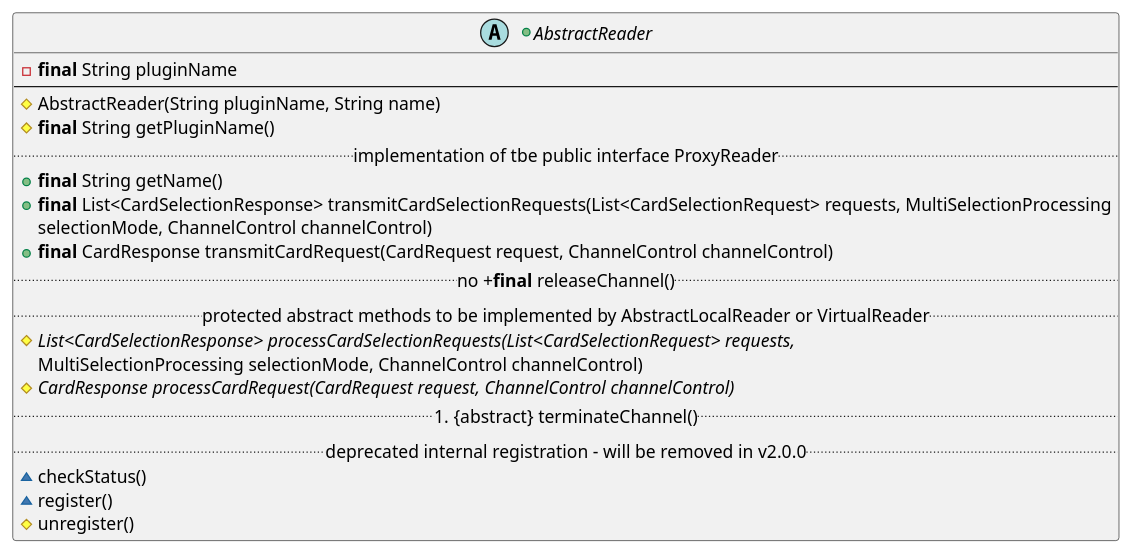
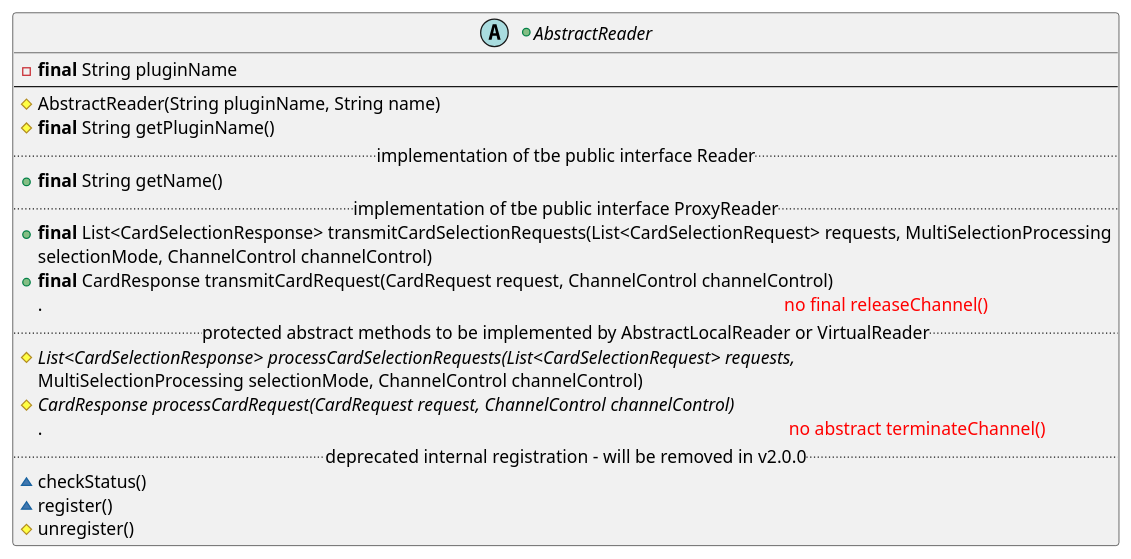
Before and after one commit to yvonneyam/keyple-website: the eighth of 11 diagrams in media/architecture/puml/KeypleCore_Plugin_ClassDiag_ClassElements.iuml, drawn with PlantUML. The commit also changed other lines of this file and 1880 other files, not shown here.

```diff
--- a/media/architecture/puml/KeypleCore_Plugin_ClassDiag_ClassElements.iuml
+++ b/media/architecture/puml/KeypleCore_Plugin_ClassDiag_ClassElements.iuml
@@ -130,26 +130,28 @@
 @startuml(id=PLUGIN_ABSTRACTREADER_1_0_0)
 +abstract AbstractReader {
   -<b>final</b> String pluginName
   --
   #AbstractReader(String pluginName, String name)
   #<b>final</b> String getPluginName()
 '
+  .. implementation of tbe public interface Reader ..
+  +<b>final</b> String getName()
+'
   .. implementation of tbe public interface ProxyReader ..
-  +<b>final</b> String getName()
   +<b>final</b> List<CardSelectionResponse> transmitCardSelectionRequests(List<CardSelectionRequest> requests, MultiSelectionProcessing
     selectionMode, ChannelControl channelControl)
   +<b>final</b> CardResponse transmitCardRequest(CardRequest request, ChannelControl channelControl)
-.. no +<b>final</b> releaseChannel() ..
+  .                                                                                                                                                                   <color:red>no final releaseChannel()</color>
 '
   .. protected abstract methods to be implemented by AbstractLocalReader or VirtualReader ..
   #{abstract} List<CardSelectionResponse> processCardSelectionRequests(List<CardSelectionRequest> requests,
     MultiSelectionProcessing selectionMode, ChannelControl channelControl)
   #{abstract} CardResponse processCardRequest(CardRequest request, ChannelControl channelControl)
-..  #{abstract} terminateChannel() ..
+  .                                                                                                                                                                    <color:red>no abstract terminateChannel()</color>
 '
   .. deprecated internal registration - will be removed in v2.0.0 ..
   ~checkStatus()
   ~register()
   #unregister()
 }
 @enduml
```
